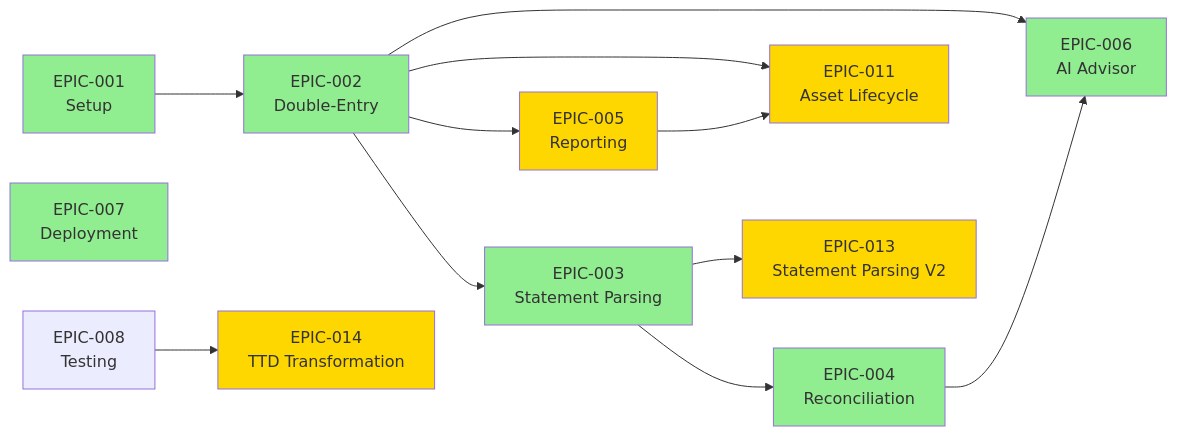
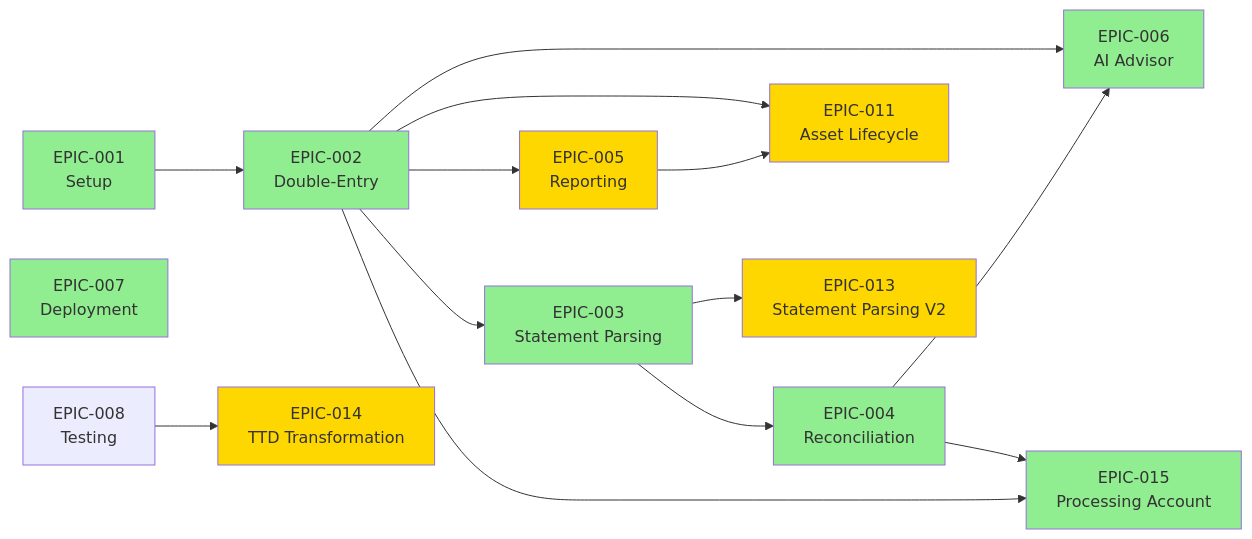
The diagram in docs/project/README.md (wangzitian0/finance_report), drawn with Mermaid before and after one commit. The commit also changed other lines of this file and 2 other files, not shown here.

First line of the commit message:
docs: add EPIC-015 Processing Account Integration documentation

````diff
--- a/docs/project/README.md
+++ b/docs/project/README.md
@@ -65,25 +67,28 @@
 ```mermaid
 graph LR
     E1[EPIC-001<br/>Setup] --> E2[EPIC-002<br/>Double-Entry]
     E2 --> E3[EPIC-003<br/>Statement Parsing]
     E3 --> E4[EPIC-004<br/>Reconciliation]
     E2 --> E5[EPIC-005<br/>Reporting]
     E2 --> E6[EPIC-006<br/>AI Advisor]
     E4 --> E6
     E7[EPIC-007<br/>Deployment]
     E2 --> E11[EPIC-011<br/>Asset Lifecycle]
     E5 --> E11
     E3 --> E13[EPIC-013<br/>Statement Parsing V2]
     E8[EPIC-008<br/>Testing] --> E14[EPIC-014<br/>TTD Transformation]
+    E4 --> E15[EPIC-015<br/>Processing Account]
+    E2 --> E15
     
     style E1 fill:#90EE90
     style E2 fill:#90EE90
     style E3 fill:#90EE90
     style E4 fill:#90EE90
     style E5 fill:#FFD700
     style E6 fill:#90EE90
     style E7 fill:#90EE90
     style E11 fill:#FFD700
     style E13 fill:#FFD700
     style E14 fill:#FFD700
+    style E15 fill:#90EE90
 ```
````
